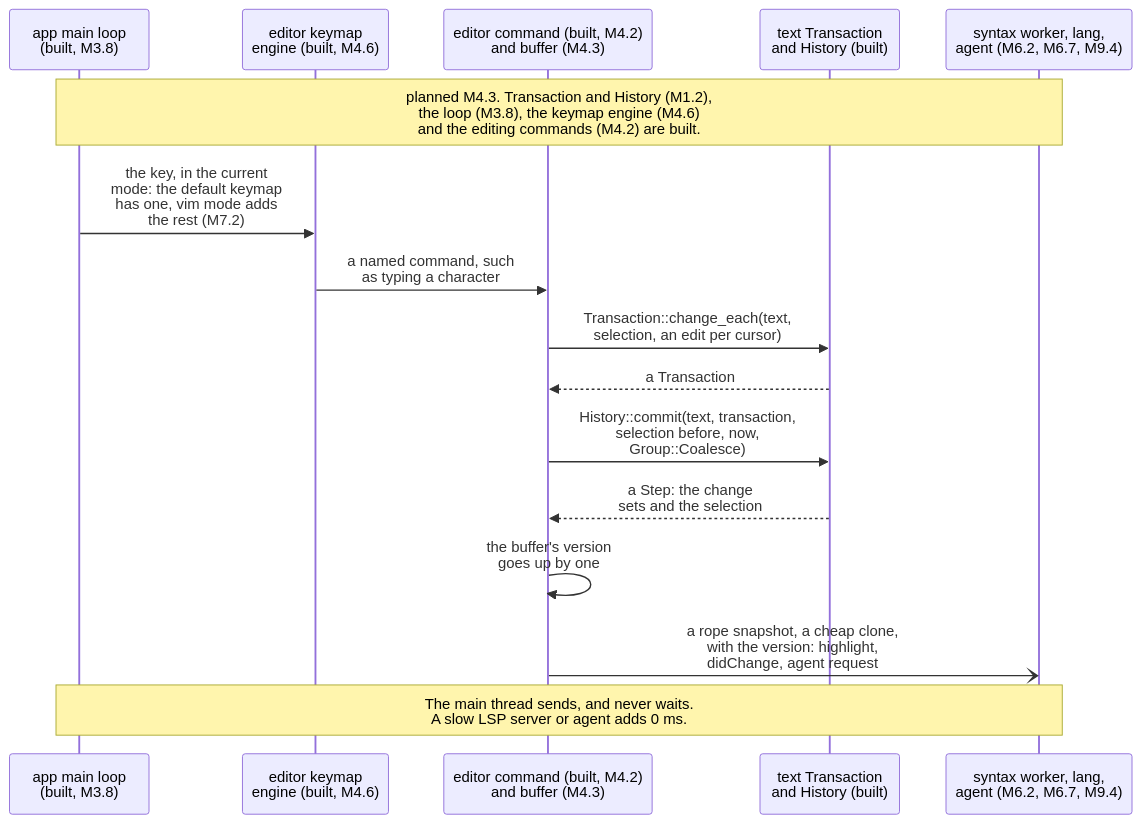
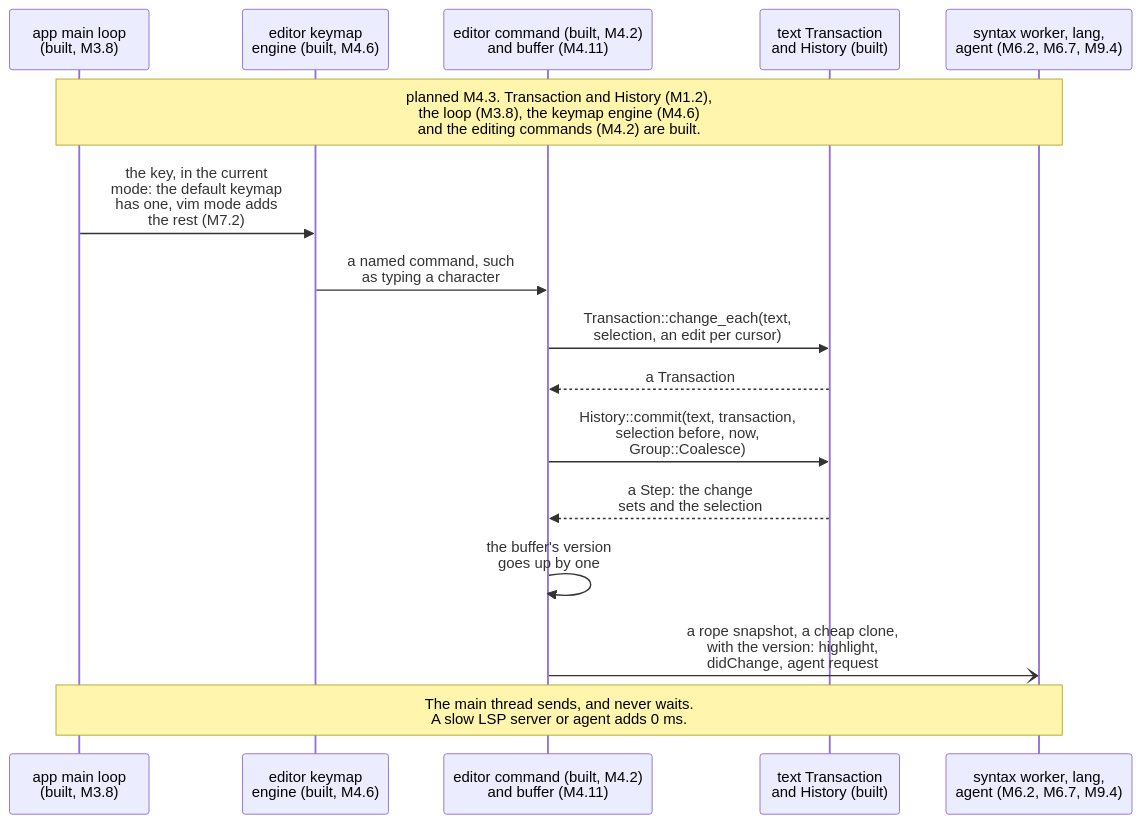
One commit to jabbott-iii/Tidepool changed diagram 13 of 24 in diagrams/sequence-diagrams.md. Above: the diagram before and after it, drawn with Mermaid. The commit also changed other lines of this file and 28 other files, not shown here.

````diff
--- a/diagrams/sequence-diagrams.md
+++ b/diagrams/sequence-diagrams.md
@@ -686,19 +686,19 @@
 ```mermaid
 sequenceDiagram
     participant ML as app main loop<br/>(built, M3.8)
     participant Keys as editor keymap<br/>engine (built, M4.6)
-    participant Cmd as editor command (built, M4.2)<br/>and buffer (M4.3)
+    participant Cmd as editor command (built, M4.2)<br/>and buffer (M4.11)
     participant Txt as text Transaction<br/>and History (built)
     participant Bg as syntax worker, lang,<br/>agent (M6.2, M6.7, M9.4)
 
     Note over ML,Bg: planned M4.3. Transaction and History (M1.2),<br/>the loop (M3.8), the keymap engine (M4.6)<br/>and the editing commands (M4.2) are built.
     ML->>Keys: the key, in the current<br/>mode: the default keymap<br/>has one, vim mode adds<br/>the rest (M7.2)
     Keys->>Cmd: a named command, such<br/>as typing a character
     Cmd->>Txt: Transaction::change_each(text,<br/>selection, an edit per cursor)
     Txt-->>Cmd: a Transaction
     Cmd->>Txt: History::commit(text, transaction,<br/>selection before, now,<br/>Group::Coalesce)
     Txt-->>Cmd: a Step: the change<br/>sets and the selection
     Cmd->>Cmd: the buffer's version<br/>goes up by one
     Cmd-)Bg: a rope snapshot, a cheap clone,<br/>with the version: highlight,<br/>didChange, agent request
     Note over ML,Bg: The main thread sends, and never waits.<br/>A slow LSP server or agent adds 0 ms.
 ```
````
